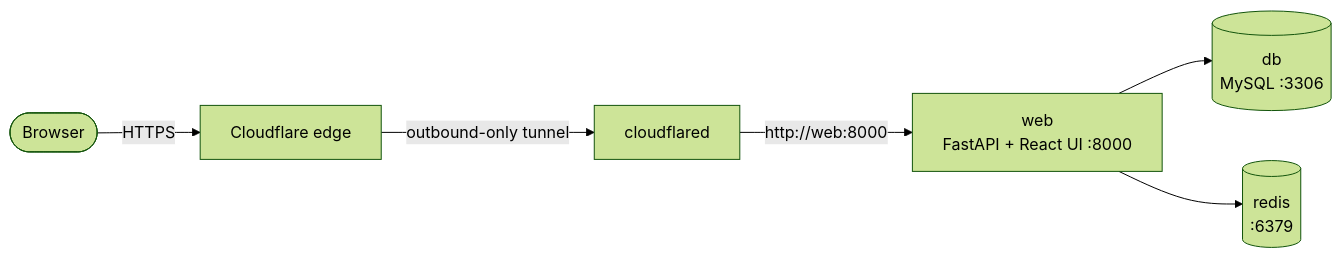
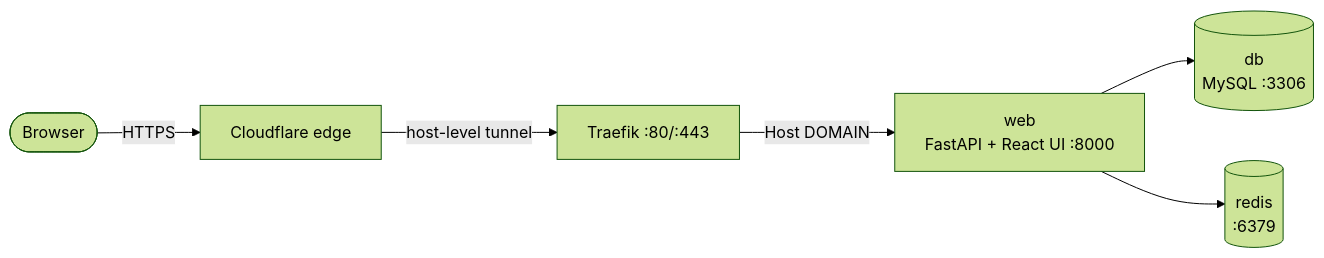
The diagram in README.md (shreyansh-singh74/inward-outward-system), drawn with Mermaid (forest theme) before and after one commit. The commit also changed other lines of this file, not shown here.

Commit message:
docs: README matches Dokploy/Traefik setup

````diff
--- a/README.md
+++ b/README.md
@@ -44,8 +46,8 @@
 ```mermaid
 flowchart LR
     User(["Browser"]) -->|HTTPS| CF["Cloudflare edge"]
-    CF -->|outbound-only tunnel| TUN["cloudflared"]
-    TUN -->|http://web:8000| WEB["web<br/>FastAPI + React UI :8000"]
+    CF -->|host-level tunnel| TR["Traefik :80/:443"]
+    TR -->|Host DOMAIN| WEB["web<br/>FastAPI + React UI :8000"]
     WEB --> DB[("db<br/>MySQL :3306")]
     WEB --> REDIS[("redis<br/>:6379")]
 ```
````
